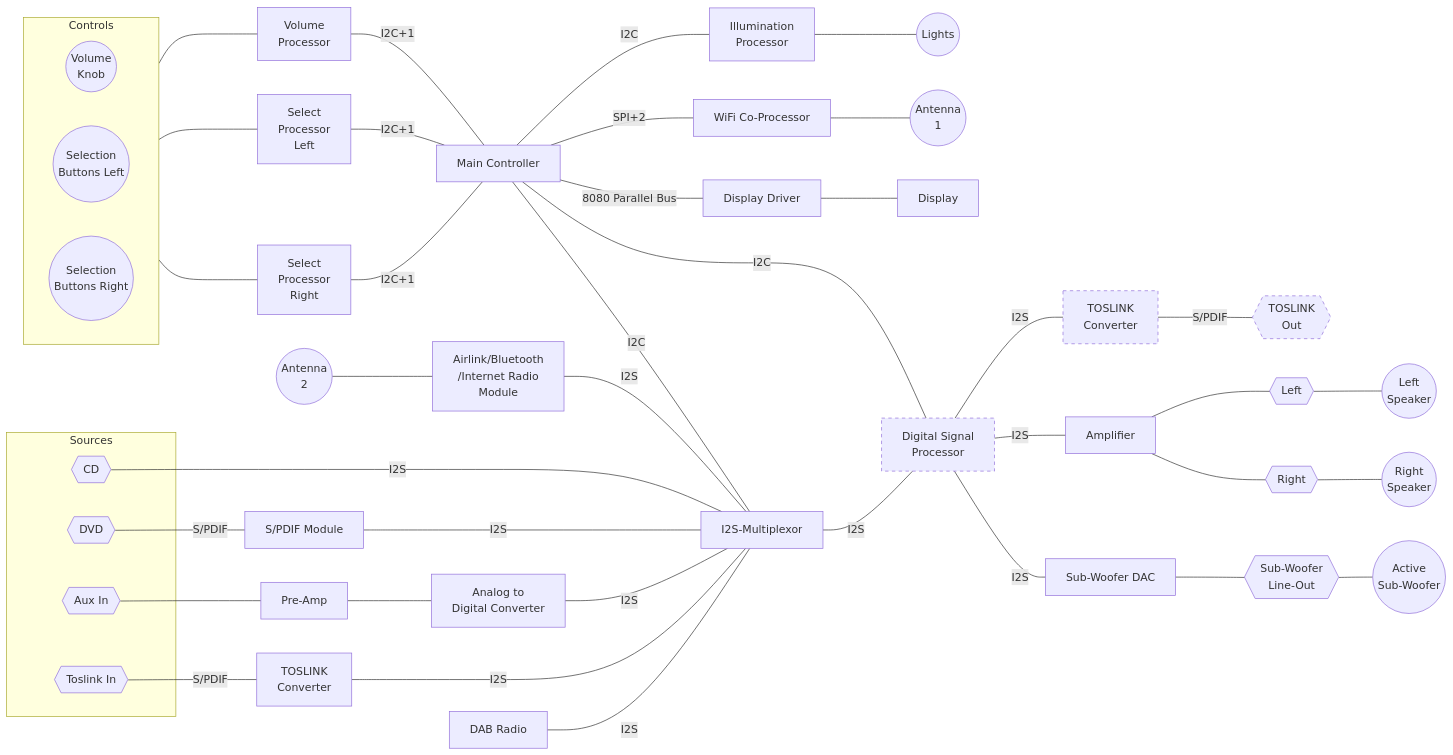
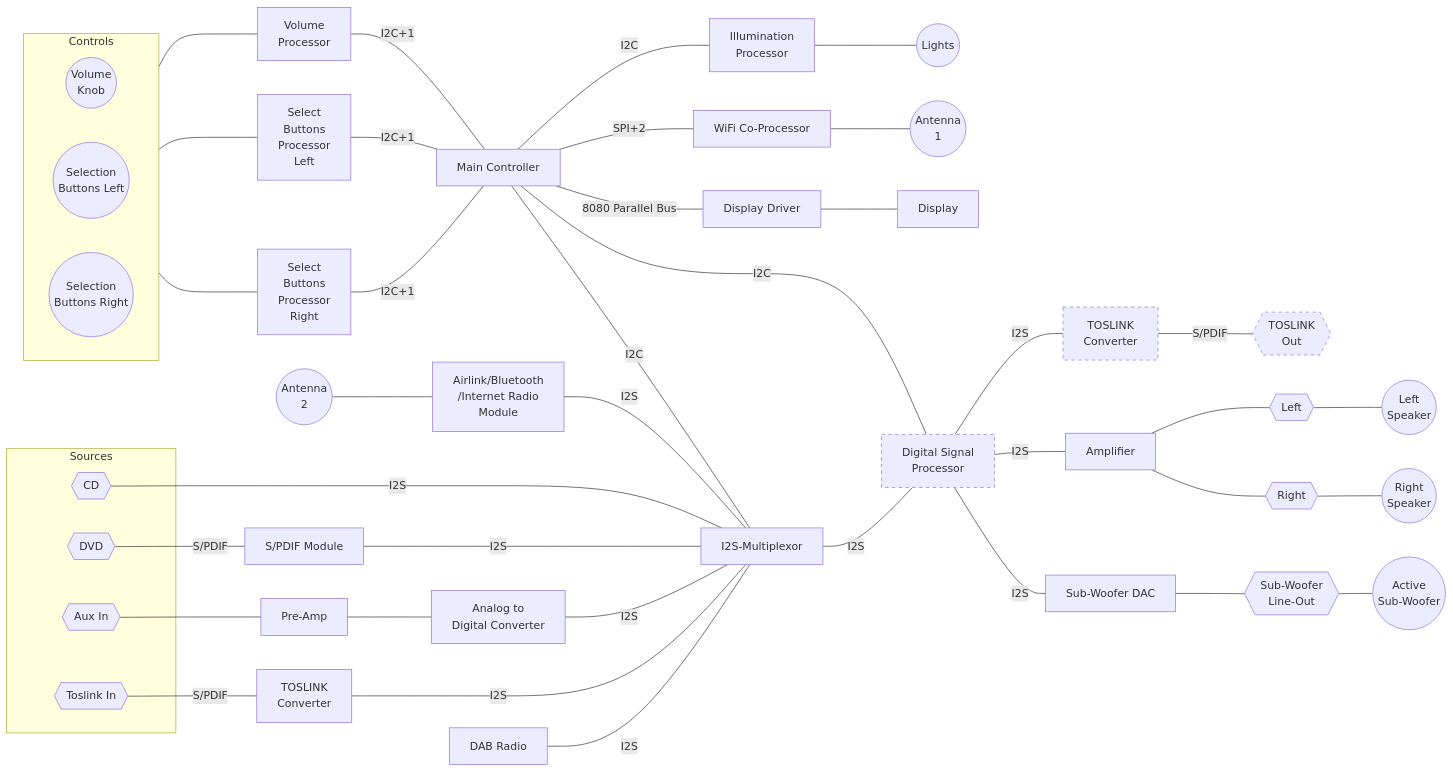
The first of 3 diagrams in README.md (adoble/modular-audio), drawn with Mermaid before and after one commit.

Commit message:
Update diagram

````diff
--- a/README.md
+++ b/README.md
@@ -9,58 +9,58 @@
 ```mermaid
 graph LR;
 
 main_ctrl -- I2C --- illum_proc["Illumination <br> Processor"] --- lights((Lights))
 main_ctrl["Main Controller"] -- I2C --- i2sm[I2S-Multiplexor];
 wifi --- antenna1((Antenna <br> 1));
 main_ctrl -- 8080 Parallel Bus --- display_driver[Display Driver] --- Display;
 main_ctrl -- I2C --- dsp;
 main_ctrl -- SPI+2 --- wifi["WiFi Co-Processor"]
 i2sm -- I2S --- dsp["Digital Signal <br> Processor"] -- I2S --- amp[Amplifier];
 dsp -- I2S --- toslink_out_converter[TOSLINK<br>Converter] -- "S/PDIF" --- toslink_out{{TOSLINK <br> Out}};
 
 
 style dsp stroke-dasharray: 5 5;
 style toslink_out_converter stroke-dasharray: 5 5;
 style toslink_out stroke-dasharray: 5 5;
 
 
 subgraph sources [Sources]
     cd{{CD}};
     dvd{{DVD}};
     tos_link_in{{Toslink In}}
     aux{{Aux In}};
 end
 
 antenna2((Antenna <br> 2)) --- airlink;
 airlink["Airlink/Bluetooth <br> /Internet Radio <br> Module"] -- I2S --- i2sm
 cd -- I2S  --- i2sm;
 dvd -- "S/PDIF" --- spdif["S/PDIF Module"] -- I2S --- i2sm;
 aux --- Pre-Amp --- adc[Analog to <br>Digital Converter] -- I2S --- i2sm;
 tos_link_in -- "S/PDIF" --- toslink_converter[TOSLINK<br>Converter] -- I2S --- i2sm; 
 dab["DAB Radio"] -- I2S --- i2sm
 
 amp --- left{{Left}} --- left_spk((Left <br> Speaker)) 
 amp --- right{{Right}} --- right_spk((Right <br> Speaker)) 
 
 dsp -- I2S --- sw-dac[Sub-Woofer DAC] --- sw-line-out{{Sub-Woofer<br>Line-Out}} --- active-sw((Active<br>Sub-Woofer))
 
 
 vol_proc[Volume <br> Processor];
-sel_proc_left[Select <br> Processor <br> Left];
-sel_proc_right[Select <br> Processor <br> Right];
+sel_proc_left[Select <br> Buttons <br> Processor <br> Left];
+sel_proc_right[Select <br> Buttons <br> Processor <br> Right];
 
 subgraph controls[Controls]
     direction RL;
     vol_knob((Volume <br> Knob));
     sel_btns_left((Selection <br> Buttons Left))
     sel_btns_right((Selection <br> Buttons Right))
 end
 
 vol_knob --- vol_proc -- I2C+1--- main_ctrl;
 sel_btns_left --- sel_proc_left -- I2C+1--- main_ctrl;
 sel_btns_right --- sel_proc_right -- I2C+1--- main_ctrl;
 
 
 click main_ctrl "https://github.com/adoble/modular-audio/blob/main/README.md#controller"
 click i2sm "https://github.com/adoble/modular-audio/tree/main/hardware/i2s-multiplexer" "Click to see sub-repository"
 ```
````
